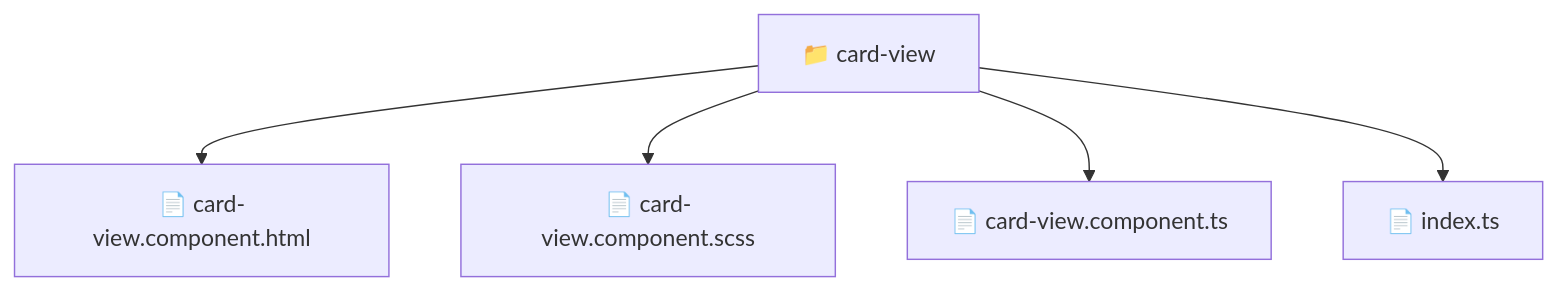
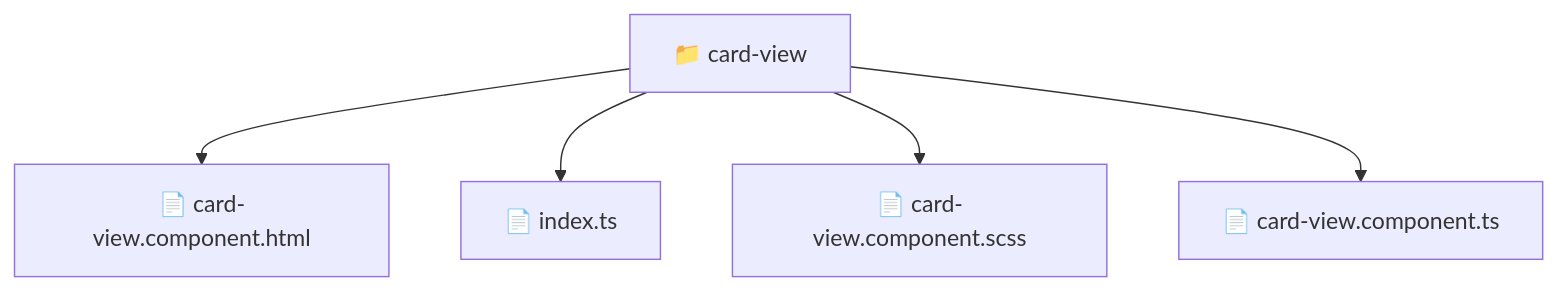
The diagram in frontend/src/shared/ui/card-view/README.md (beginwebdev2002/fullstack-mavluda), drawn with Mermaid before and after one commit. The commit also changed other lines of this file and 164 other files, not shown here.

First line of the commit message:
docs: generate robust autonomous architectural documentation

````diff
--- a/frontend/src/shared/ui/card-view/README.md
+++ b/frontend/src/shared/ui/card-view/README.md
@@ -11,8 +11,8 @@
 ```mermaid
 graph TD
-  Root["📁 card-view"]
-  Root --> card_view_component_html["📄 card-view.component.html"]
-  Root --> card_view_component_scss["📄 card-view.component.scss"]
-  Root --> card_view_component_ts["📄 card-view.component.ts"]
-  Root --> index_ts["📄 index.ts"]
+    f_card_view["📁 card-view"]
+    f_card_view --> f_card_view_component_html["📄 card-view.component.html"]
+    f_card_view --> f_index_ts["📄 index.ts"]
+    f_card_view --> f_card_view_component_scss["📄 card-view.component.scss"]
+    f_card_view --> f_card_view_component_ts["📄 card-view.component.ts"]
 ```
````
